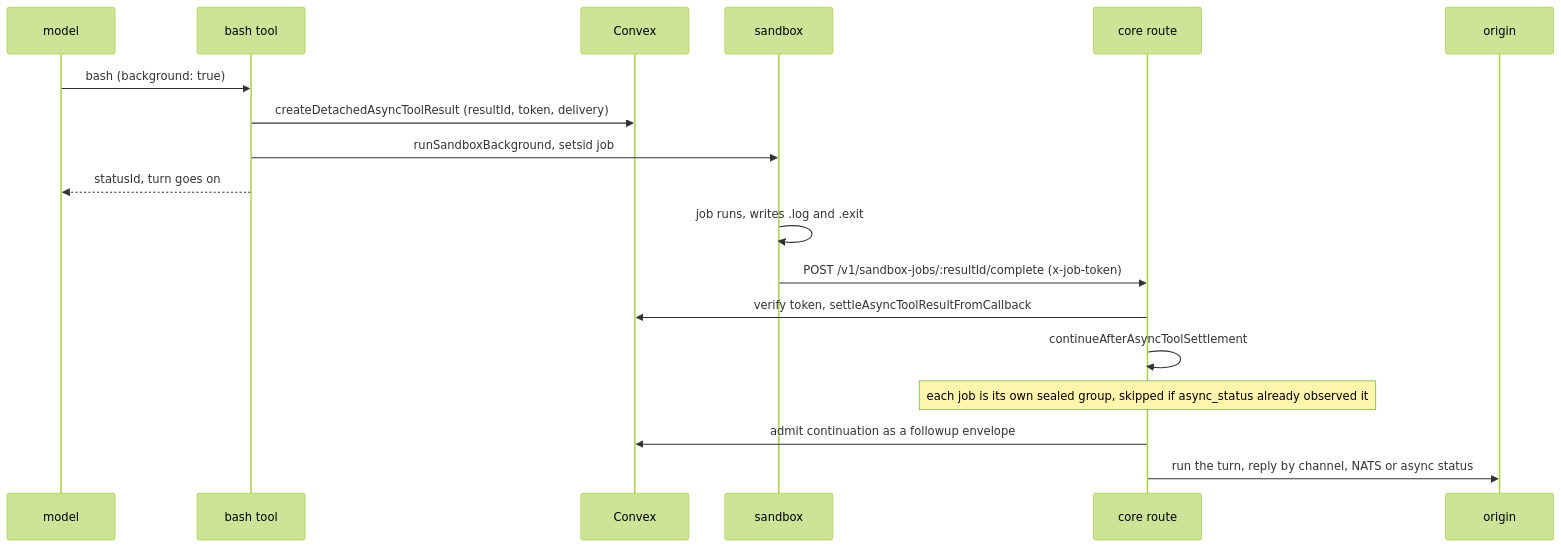
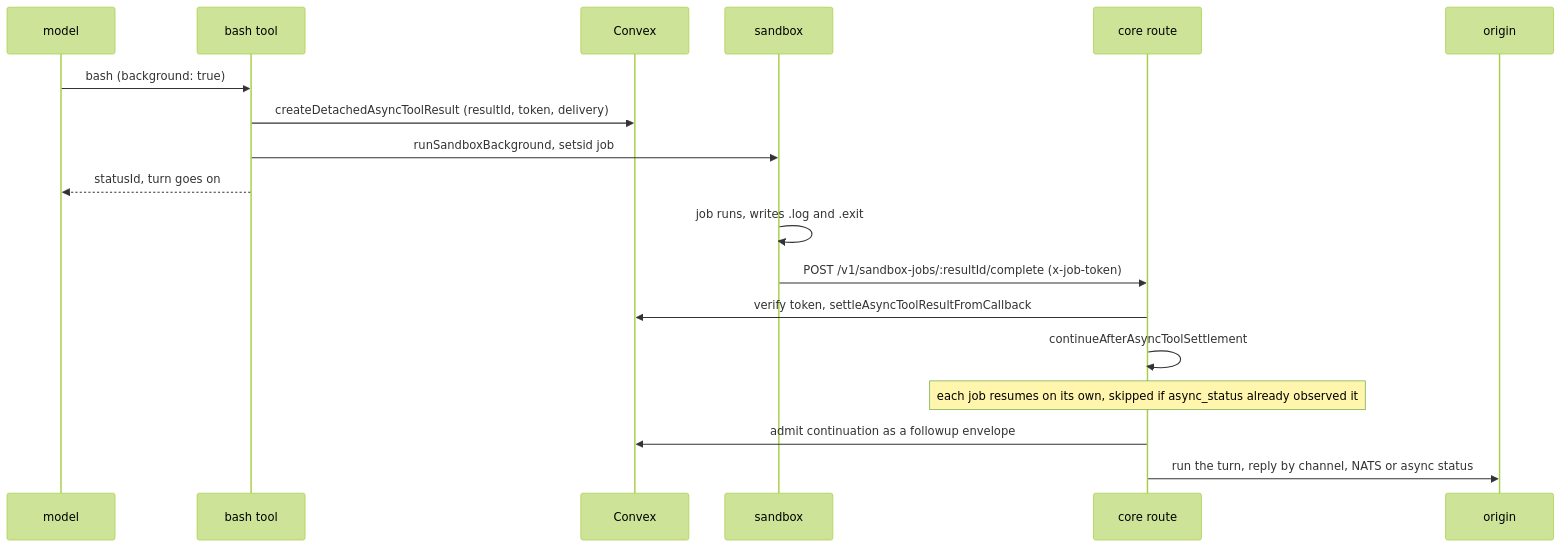
One commit to beeblastco/broods changed the fifth of 6 diagrams in apps/docs/docs/internals/sandboxes.md. Above: the diagram before and after it, drawn with Mermaid (forest theme). The commit also changed other lines of this file and 16 other files, not shown here.

First line of the commit message:
refactor(convex): drop the async tool fan-in group table

````diff
--- a/apps/docs/docs/internals/sandboxes.md
+++ b/apps/docs/docs/internals/sandboxes.md
@@ -239,21 +239,21 @@
 ```mermaid
 sequenceDiagram
   participant M as model
   participant B as bash tool
   participant CVX as Convex
   participant S as sandbox
   participant Core as core route
   participant O as origin
 
   M->>B: bash (background: true)
   B->>CVX: createDetachedAsyncToolResult (resultId, token, delivery)
   B->>S: runSandboxBackground, setsid job
   B-->>M: statusId, turn goes on
   S->>S: job runs, writes .log and .exit
   S->>Core: POST /v1/sandbox-jobs/:resultId/complete (x-job-token)
   Core->>CVX: verify token, settleAsyncToolResultFromCallback
   Core->>Core: continueAfterAsyncToolSettlement
-  Note over Core: each job is its own sealed group, skipped if async_status already observed it
+  Note over Core: each job resumes on its own, skipped if async_status already observed it
   Core->>CVX: admit continuation as a followup envelope
   Core->>O: run the turn, reply by channel, NATS or async status
 ```
````
